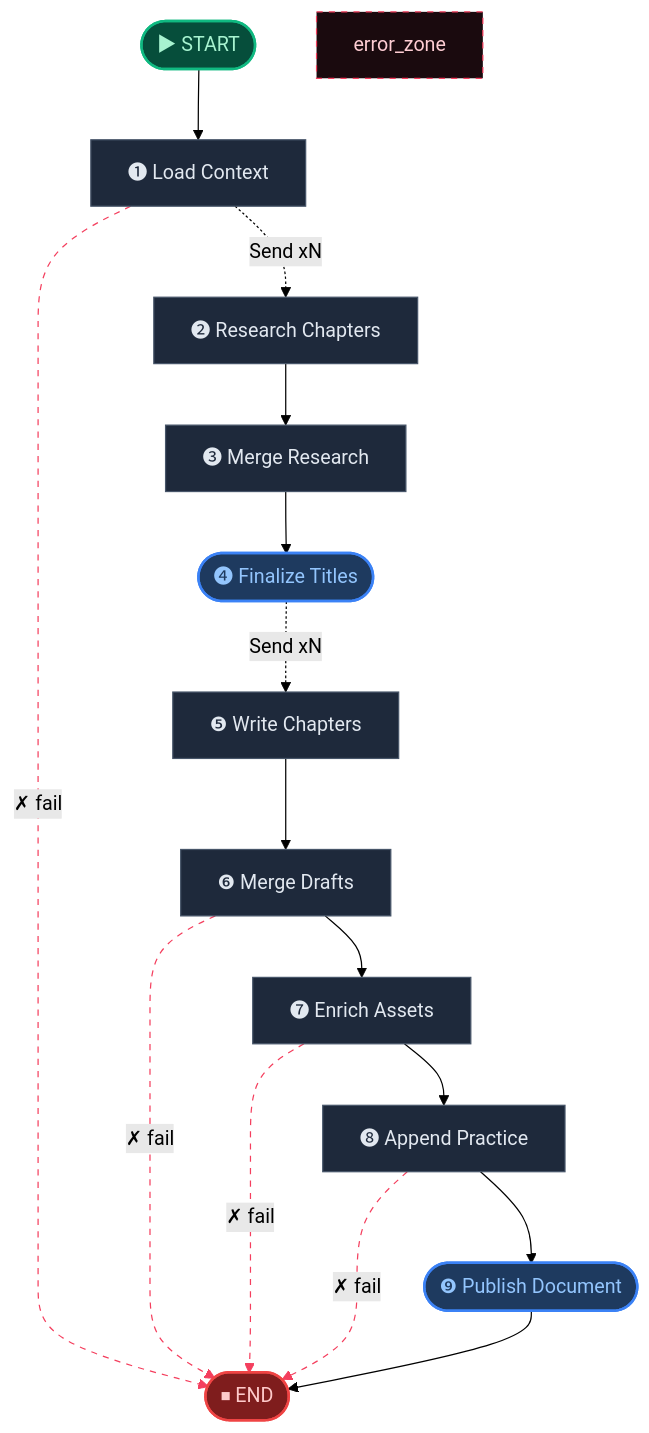
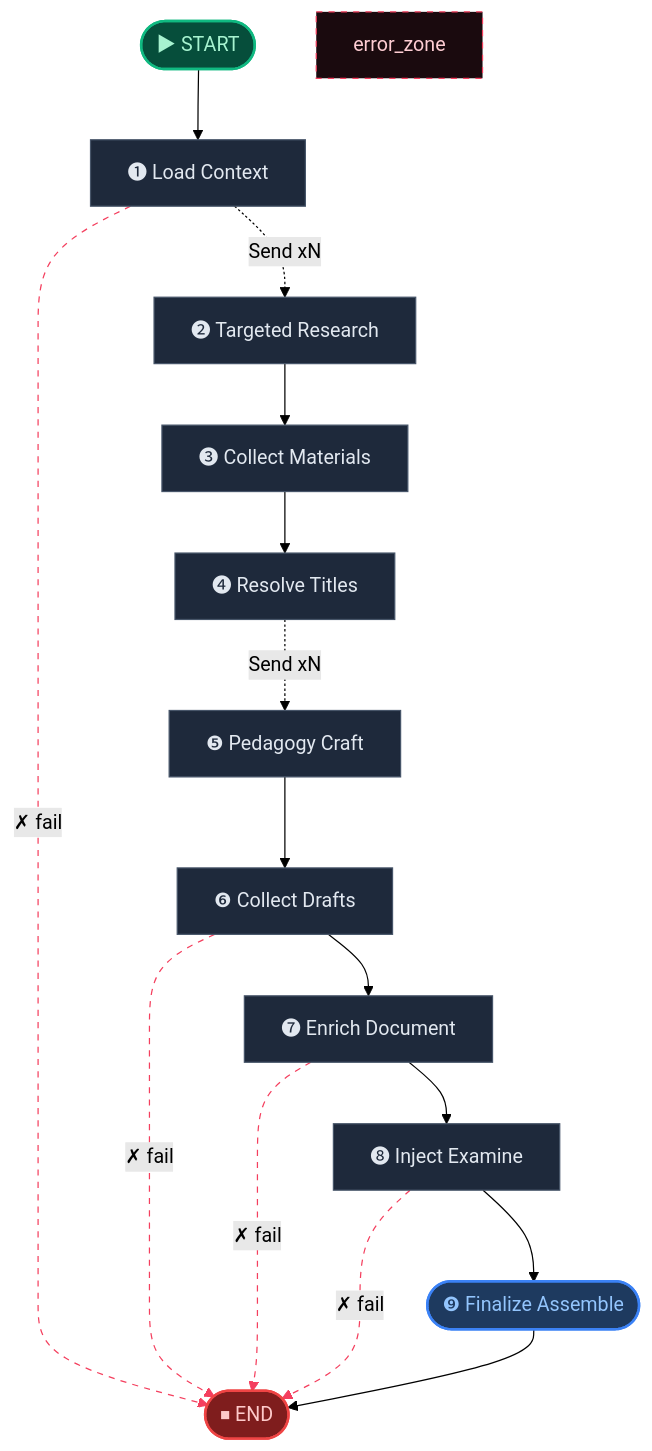
Before and after one commit to aiteachme/AITeachMe: the second of 5 diagrams in backend/scripts/.generated_workflow_diagrams/digest.md, drawn with Mermaid (forest theme). The commit also changed other lines of this file and 20 other files, not shown here.

First line of the commit message:
Add tests for SQLite legacy schema cleanup and update OpenAPI specifications

````diff
--- a/backend/scripts/.generated_workflow_diagrams/digest.md
+++ b/backend/scripts/.generated_workflow_diagrams/digest.md
@@ -73,42 +62,41 @@
 ```mermaid
 flowchart TD
     __start__(["▶ START"])
     load_context["❶ Load Context"]
-    research_chapters["❷ Research Chapters"]
-    merge_research["❸ Merge Research"]
-    finalize_titles(["❹ Finalize Titles"])
-    write_chapters["❺ Write Chapters"]
-    merge_drafts["❻ Merge Drafts"]
-    enrich_assets["❼ Enrich Assets"]
-    append_practice["❽ Append Practice"]
-    publish_document(["❾ Publish Document"])
+    targeted_research["❷ Targeted Research"]
+    collect_materials["❸ Collect Materials"]
+    resolve_titles["❹ Resolve Titles"]
+    pedagogy_craft["❺ Pedagogy Craft"]
+    collect_drafts["❻ Collect Drafts"]
+    enrich_document["❼ Enrich Document"]
+    inject_examine["❽ Inject Examine"]
+    finalize_assemble(["❾ Finalize Assemble"])
     __end__(["⏹ END"])
 
     __start__ --> load_context
-    append_practice -. "✗ fail" .-> __end__
-    append_practice --> publish_document
-    enrich_assets -. "✗ fail" .-> __end__
-    enrich_assets --> append_practice
-    finalize_titles -. "Send xN" .-> write_chapters
+    collect_drafts -. "✗ fail" .-> __end__
+    collect_drafts --> enrich_document
+    collect_materials --> resolve_titles
+    enrich_document -. "✗ fail" .-> __end__
+    enrich_document --> inject_examine
+    inject_examine -. "✗ fail" .-> __end__
+    inject_examine --> finalize_assemble
     load_context -. "✗ fail" .-> __end__
-    load_context -. "Send xN" .-> research_chapters
-    merge_drafts -. "✗ fail" .-> __end__
-    merge_drafts --> enrich_assets
-    merge_research --> finalize_titles
-    research_chapters --> merge_research
-    write_chapters --> merge_drafts
-    publish_document --> __end__
+    load_context -. "Send xN" .-> targeted_research
+    pedagogy_craft --> collect_drafts
+    resolve_titles -. "Send xN" .-> pedagogy_craft
+    targeted_research --> collect_materials
+    finalize_assemble --> __end__
 
     %% ── Styling ──
     classDef startCls fill:#064e3b,stroke:#10b981,stroke-width:2px,color:#a7f3d0
     classDef endCls fill:#7f1d1d,stroke:#ef4444,stroke-width:2px,color:#fecaca
     classDef failCls fill:#4c0519,stroke:#f43f5e,stroke-width:2px,color:#fecdd3
     classDef termCls fill:#1e3a5f,stroke:#3b82f6,stroke-width:2px,color:#93c5fd
     classDef default fill:#1e293b,stroke:#475569,stroke-width:1px,color:#e2e8f0
     style error_zone fill:#1a0a0e,stroke:#f43f5e,stroke-width:1px,color:#fecdd3,stroke-dasharray:5
     class __start__ startCls
-    class finalize_titles termCls
-    class publish_document termCls
+    class finalize_assemble termCls
     class __end__ endCls
-    linkStyle 1,3,6,8 stroke:#f43f5e,stroke-dasharray:5
+    linkStyle 1,4,6,8 stroke:#f43f5e,stroke-dasharray:5
 ```
````
